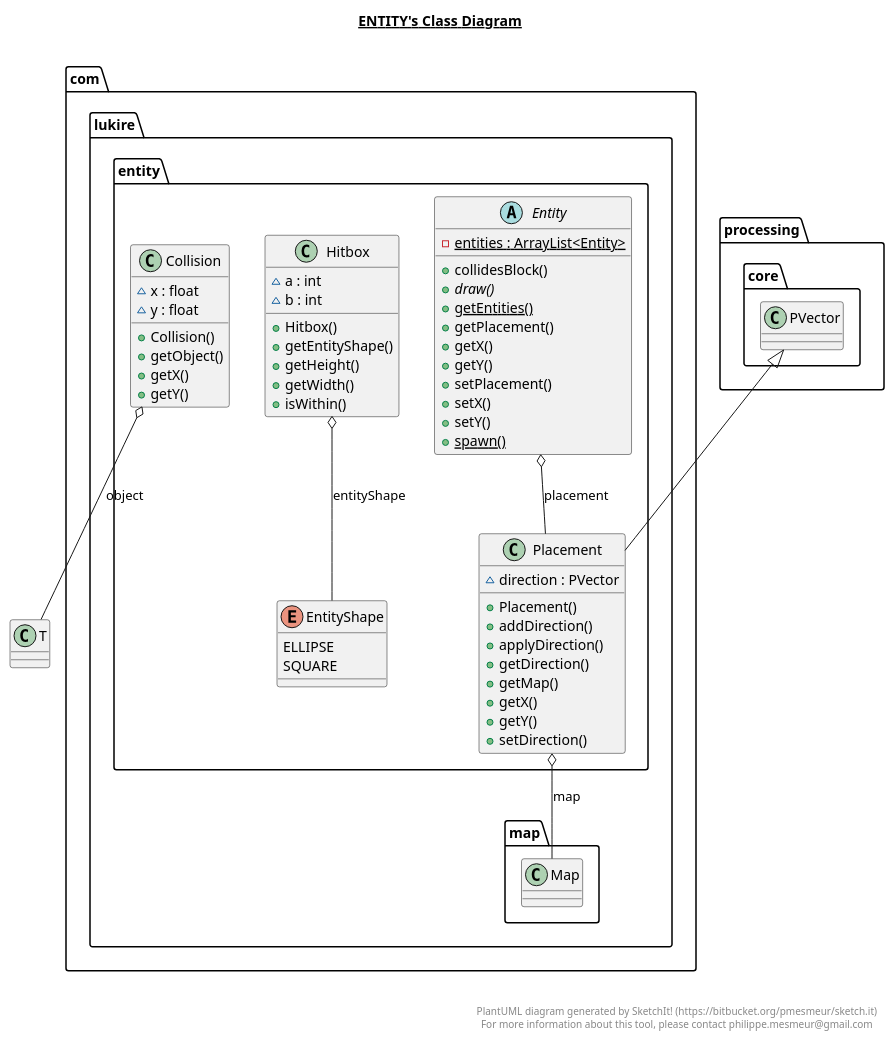
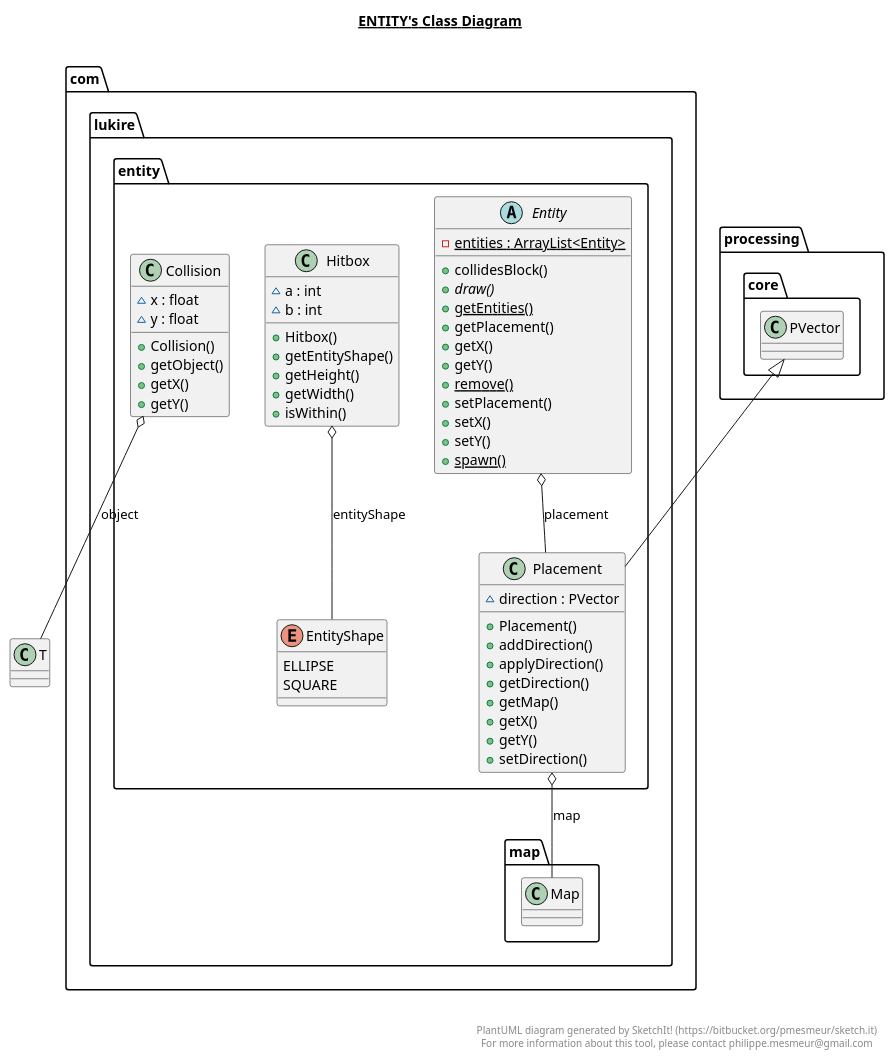
The diagram in src/main/java/com/lukire/entity/entity.plantuml (Lukires/school_cannon), drawn with PlantUML before and after one commit. The commit also changed 11 other files, not shown here.

Commit message:
Added Javadocs & Updated UML

```diff
--- a/src/main/java/com/lukire/entity/entity.plantuml
+++ b/src/main/java/com/lukire/entity/entity.plantuml
@@ -1,84 +1,85 @@
 @startuml
 
 title __ENTITY's Class Diagram__\n
 
   namespace com.lukire.entity {
     class com.lukire.entity.Collision {
         ~ x : float
         ~ y : float
         + Collision()
         + getObject()
         + getX()
         + getY()
     }
   }
   
 
   namespace com.lukire.entity {
     abstract class com.lukire.entity.Entity {
         {static} - entities : ArrayList<Entity>
         + collidesBlock()
         {abstract} + draw()
         {static} + getEntities()
         + getPlacement()
         + getX()
         + getY()
+        {static} + remove()
         + setPlacement()
         + setX()
         + setY()
         {static} + spawn()
     }
   }
   
 
   namespace com.lukire.entity {
     enum EntityShape {
       ELLIPSE
       SQUARE
     }
   }
   
 
   namespace com.lukire.entity {
     class com.lukire.entity.Hitbox {
         ~ a : int
         ~ b : int
         + Hitbox()
         + getEntityShape()
         + getHeight()
         + getWidth()
         + isWithin()
     }
   }
   
 
   namespace com.lukire.entity {
     class com.lukire.entity.Placement {
         ~ direction : PVector
         + Placement()
         + addDirection()
         + applyDirection()
         + getDirection()
         + getMap()
         + getX()
         + getY()
         + setDirection()
     }
   }
   
 
   com.lukire.entity.Collision o-- T : object
   com.lukire.entity.Entity o-- com.lukire.entity.Placement : placement
   com.lukire.entity.Hitbox o-- com.lukire.entity.EntityShape : entityShape
   com.lukire.entity.Placement -up-|> processing.core.PVector
   com.lukire.entity.Placement o-- com.lukire.map.Map : map
 
 
 right footer
 
 
 PlantUML diagram generated by SketchIt! (https://bitbucket.org/pmesmeur/sketch.it)
 For more information about this tool, please contact philippe.mesmeur@gmail.com
 endfooter
 
 @enduml
```
